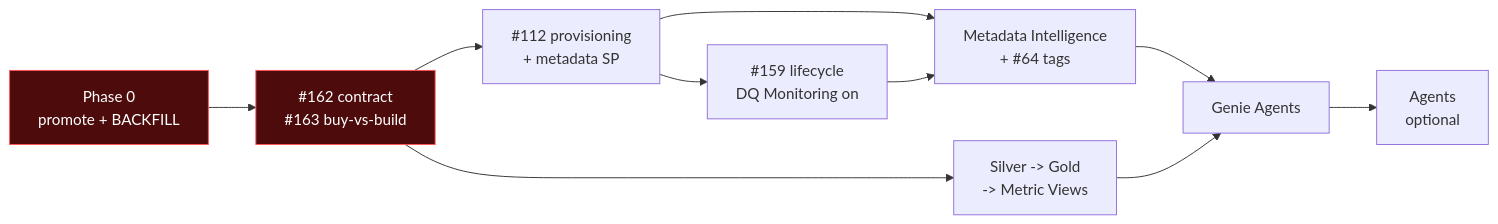
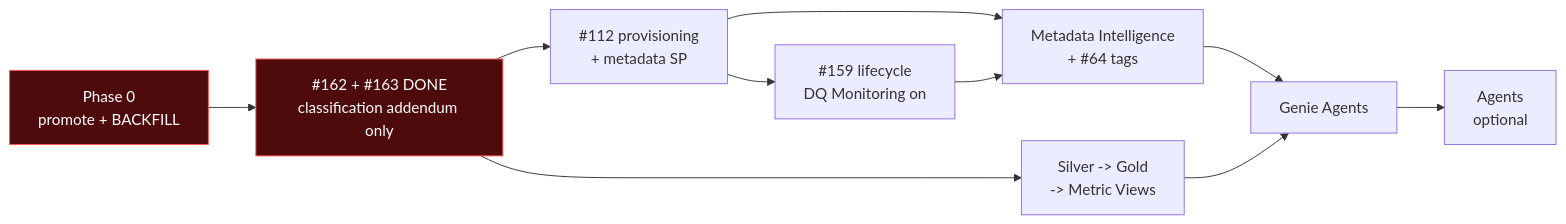
The fifth of 5 diagrams in docs/architecture_ai_metadata_2026-08.md (yashmhatre/Ingredion_Enhancement_Package), drawn with Mermaid before and after one commit. The commit also changed other lines of this file and 1 other file, not shown here.

````diff
--- a/docs/architecture_ai_metadata_2026-08.md
+++ b/docs/architecture_ai_metadata_2026-08.md
@@ -983,15 +1142,15 @@
 ```mermaid
 graph LR
     P0["Phase 0<br/>promote + BACKFILL"] --> P2
-    P2["#162 contract<br/>#163 buy-vs-build"] --> P3
+    P2["#162 + #163 DONE<br/>classification addendum only"] --> P3
     P3["#112 provisioning<br/>+ metadata SP"] --> P4
     P3 --> P5
     P4["#159 lifecycle<br/>DQ Monitoring on"] --> P5
     P5["Metadata Intelligence<br/>+ #64 tags"] --> P7
     P2 --> P6
     P6["Silver -> Gold<br/>-> Metric Views"] --> P7
     P7["Genie Agents"] --> P8["Agents<br/>optional"]
 
     classDef gate fill:#4d0b0b,stroke:#f55,color:#fff
     class P0,P2 gate
 ```
````
